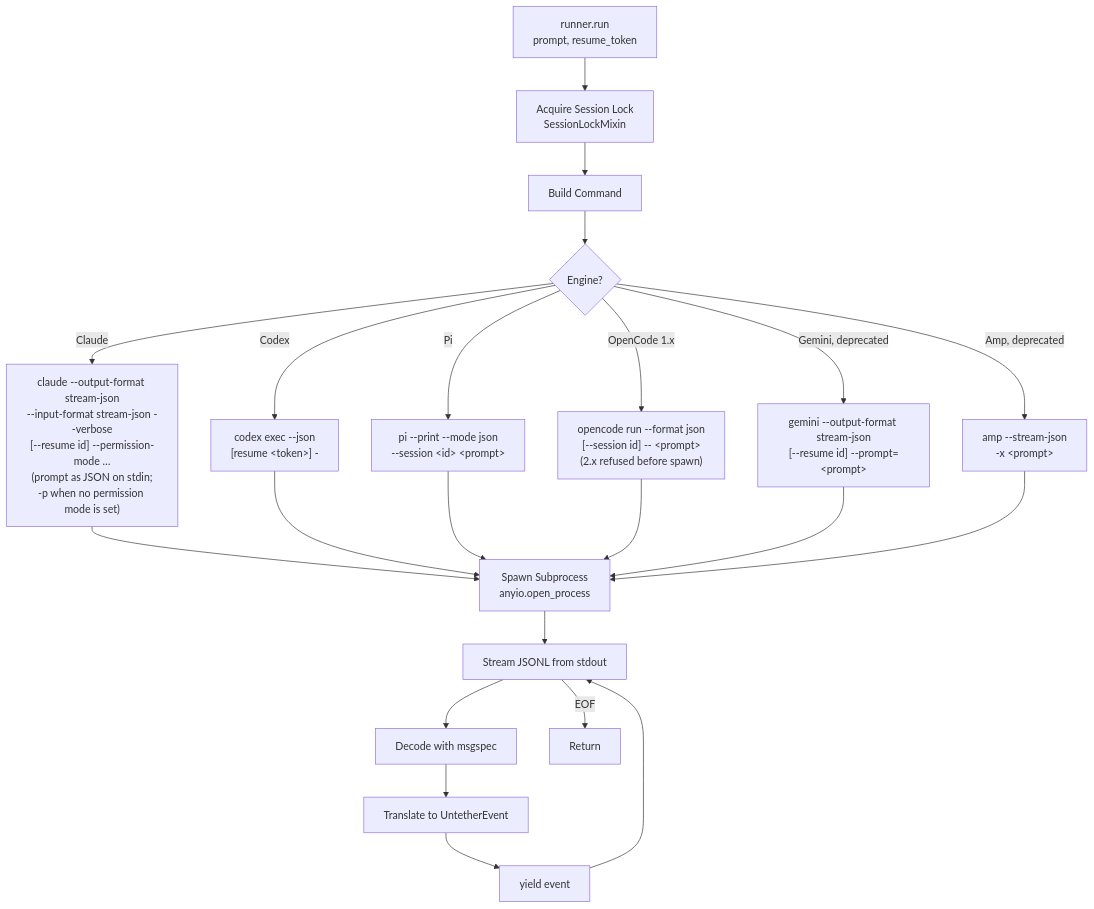
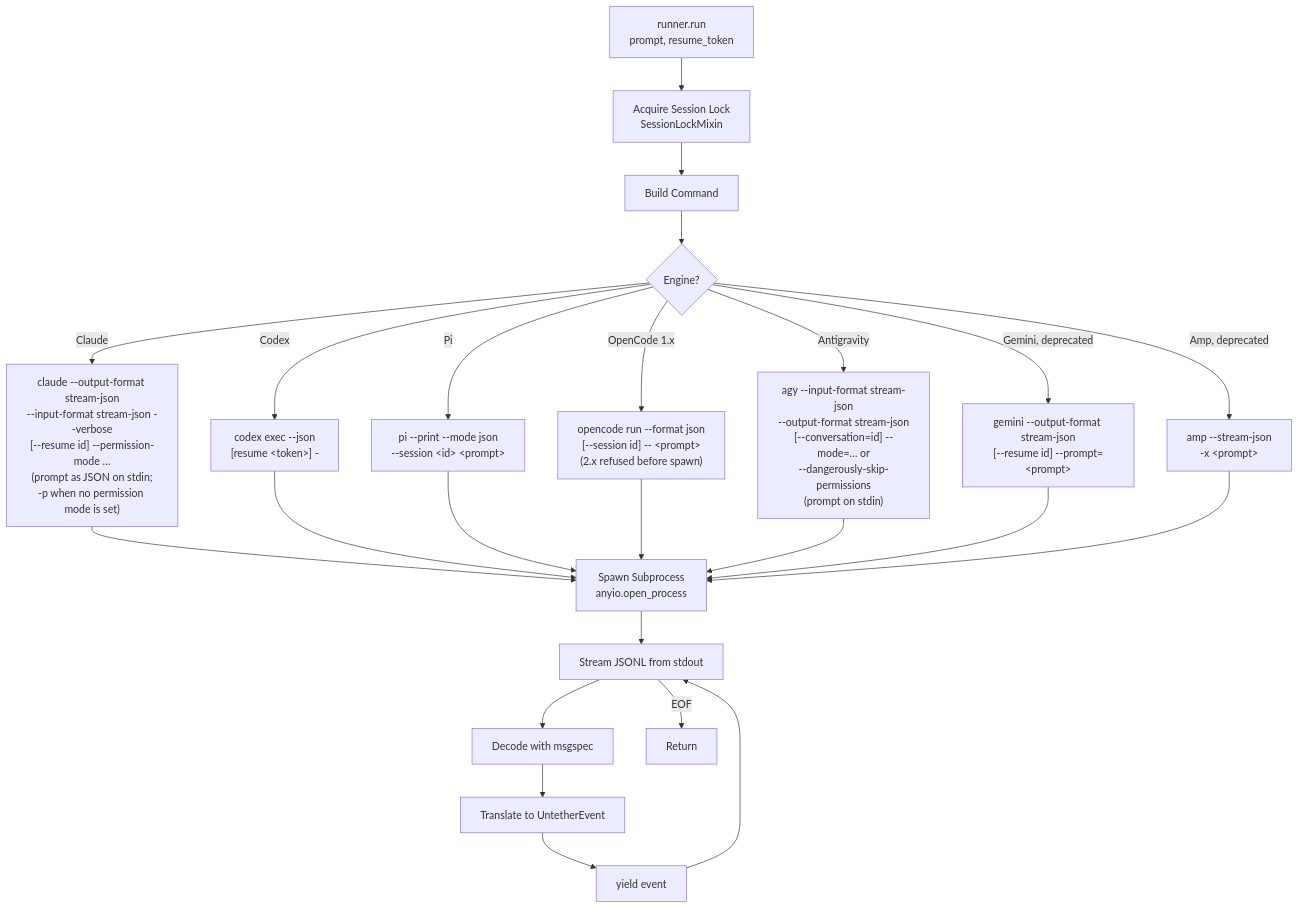
The fourth of 9 diagrams in docs/explanation/architecture.md (littlebearapps/untether), drawn with Mermaid before and after one commit. The commit also changed other lines of this file and 475 other files, not shown here.

````diff
--- a/docs/explanation/architecture.md
+++ b/docs/explanation/architecture.md
@@ -217,30 +217,32 @@
 ```mermaid
 flowchart TD
     A[runner.run\nprompt, resume_token] --> B[Acquire Session Lock<br/>SessionLockMixin]
 
     B --> C[Build Command]
 
     C --> D{Engine?}
     D -->|Claude| D1["claude --output-format stream-json<br/>--input-format stream-json --verbose<br/>[--resume id] --permission-mode …<br/>(prompt as JSON on stdin;<br/>-p when no permission mode is set)"]
     D -->|Codex| D2["codex exec --json<br/>[resume &lt;token&gt;] -"]
     D -->|Pi| D3["pi --print --mode json<br/>--session &lt;id&gt; &lt;prompt&gt;"]
     D -->|OpenCode 1.x| D4["opencode run --format json<br/>[--session id] -- &lt;prompt&gt;<br/>(2.x refused before spawn)"]
+    D -->|Antigravity| D7["agy --input-format stream-json<br/>--output-format stream-json<br/>[--conversation=id] --mode=… or<br/>--dangerously-skip-permissions<br/>(prompt on stdin)"]
     D -->|Gemini, deprecated| D5["gemini --output-format stream-json<br/>[--resume id] --prompt=&lt;prompt&gt;"]
     D -->|Amp, deprecated| D6["amp --stream-json<br/>-x &lt;prompt&gt;"]
 
     D1 --> E[Spawn Subprocess<br/>anyio.open_process]
     D2 --> E
     D3 --> E
     D4 --> E
+    D7 --> E
     D5 --> E
     D6 --> E
 
     E --> F[Stream JSONL from stdout]
 
     F --> G[Decode with msgspec]
     G --> H[Translate to UntetherEvent]
     H --> I[yield event]
     I --> F
 
     F -->|EOF| J[Return]
 ```
````
